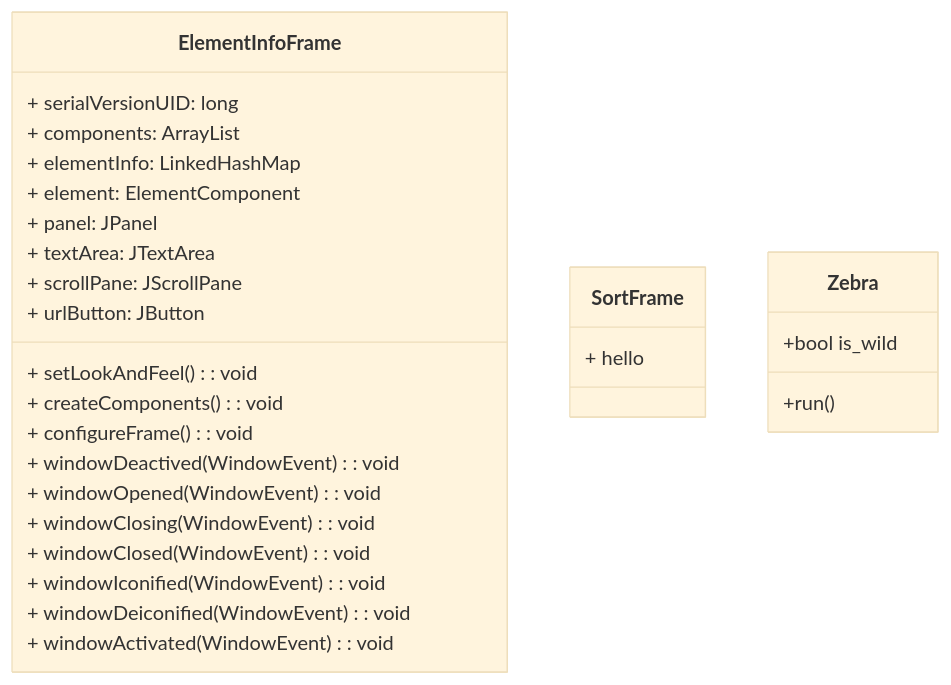
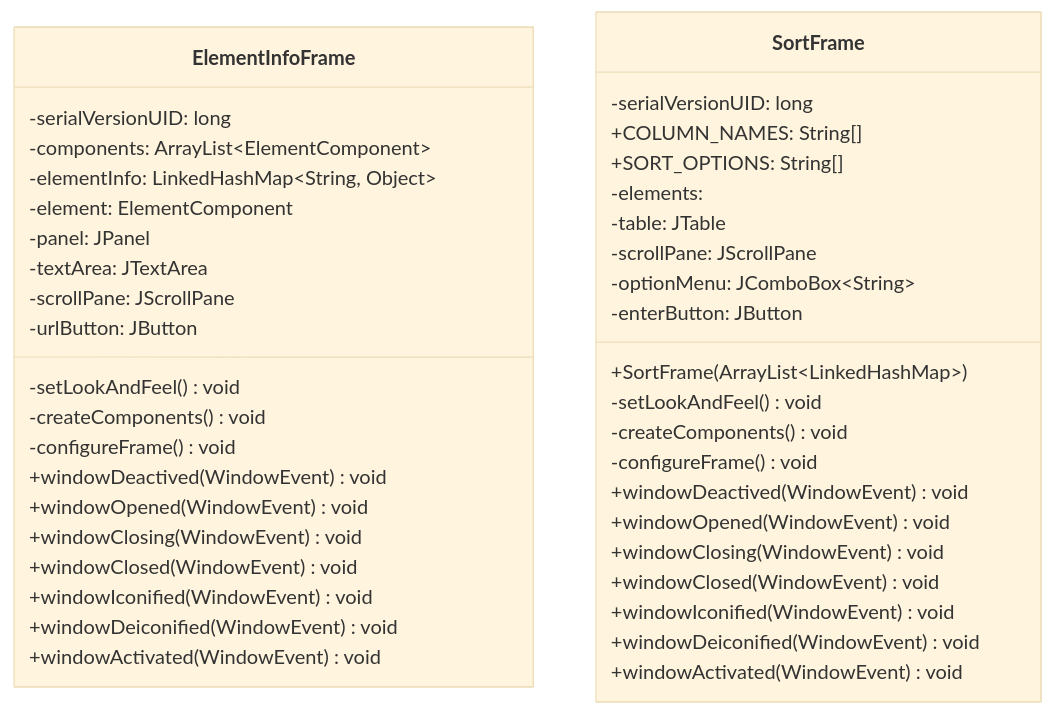
Before and after one commit to 9661328/cp2-individual-project: the diagram in README.md, drawn with Mermaid (base theme). The commit also changed other lines of this file, not shown here.

````diff
--- a/README.md
+++ b/README.md
@@ -22,32 +22,49 @@
 ```mermaid
+
 classDiagram
+
 class ElementInfoFrame{
-+ serialVersionUID: long
-+ components: ArrayList<ElementComponent>
-+ elementInfo: LinkedHashMap<String, Object>
-+ element: ElementComponent
-+ panel: JPanel
-+ textArea: JTextArea
-+ scrollPane: JScrollPane
-+ urlButton: JButton
-        
-+ setLookAndFeel(): void
-+ createComponents(): void
-+ configureFrame(): void
-+ windowDeactived(WindowEvent): void
-+ windowOpened(WindowEvent): void
-+ windowClosing(WindowEvent): void
-+ windowClosed(WindowEvent): void
-+ windowIconified(WindowEvent): void
-+ windowDeiconified(WindowEvent): void
-+ windowActivated(WindowEvent): void
+-serialVersionUID: long
+-components: ArrayList~ElementComponent~
+-elementInfo: LinkedHashMap~String, Object~
+-element: ElementComponent
+-panel: JPanel
+-textArea: JTextArea
+-scrollPane: JScrollPane
+-urlButton: JButton
+ 
+-setLookAndFeel() void
+-createComponents() void
+-configureFrame() void
++windowDeactived(WindowEvent) void
++windowOpened(WindowEvent) void
++windowClosing(WindowEvent) void
++windowClosed(WindowEvent) void
++windowIconified(WindowEvent) void
++windowDeiconified(WindowEvent) void
++windowActivated(WindowEvent) void
 }
 
 class SortFrame{
-+ hello
+-serialVersionUID: long
++COLUMN_NAMES: String[]
++SORT_OPTIONS: String[]
+-elements: 
+-table: JTable
+-scrollPane: JScrollPane
+-optionMenu: JComboBox~String~
+-enterButton: JButton
+
++SortFrame(ArrayList~LinkedHashMap~)
+-setLookAndFeel() void
+-createComponents() void
+-configureFrame() void
++windowDeactived(WindowEvent) void
++windowOpened(WindowEvent) void
++windowClosing(WindowEvent) void
++windowClosed(WindowEvent) void
++windowIconified(WindowEvent) void
++windowDeiconified(WindowEvent) void
++windowActivated(WindowEvent) void
 }
-      class Zebra{
-          +bool is_wild
-          +run()
-      }
 ```
````
